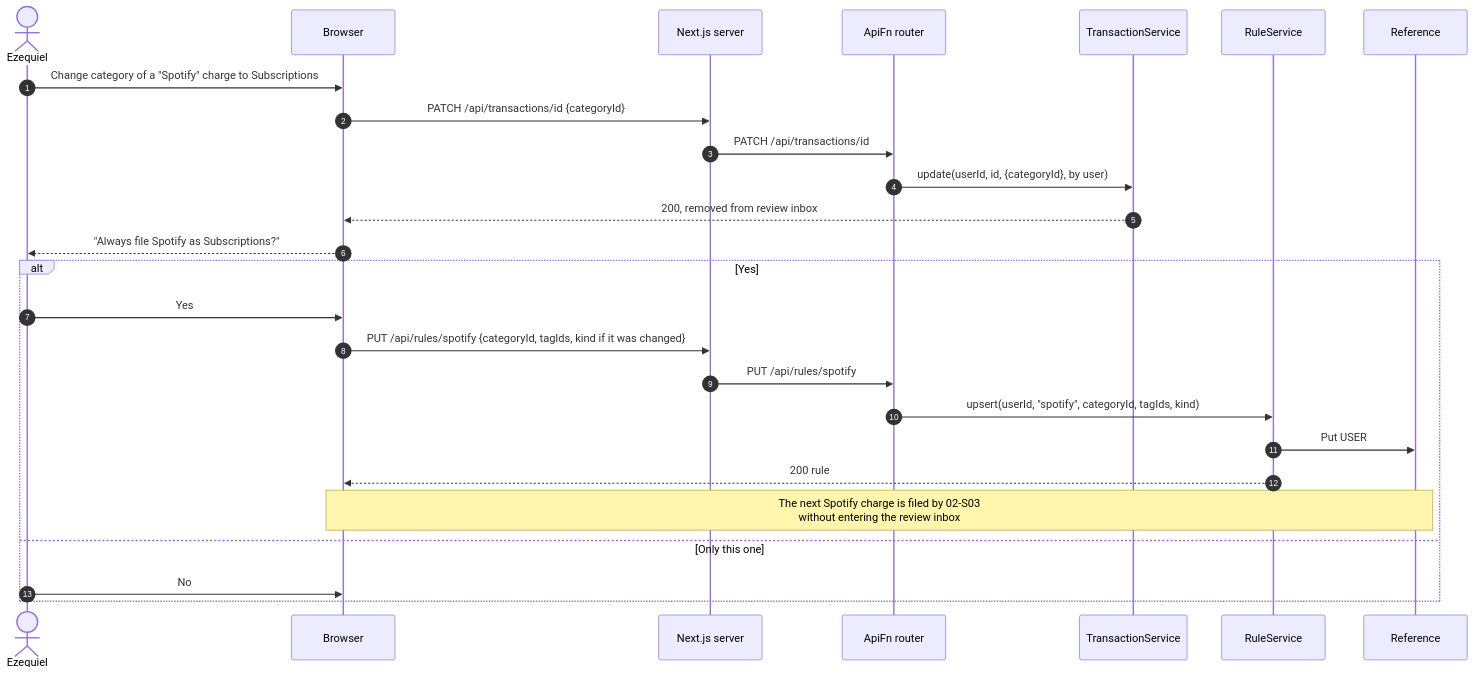
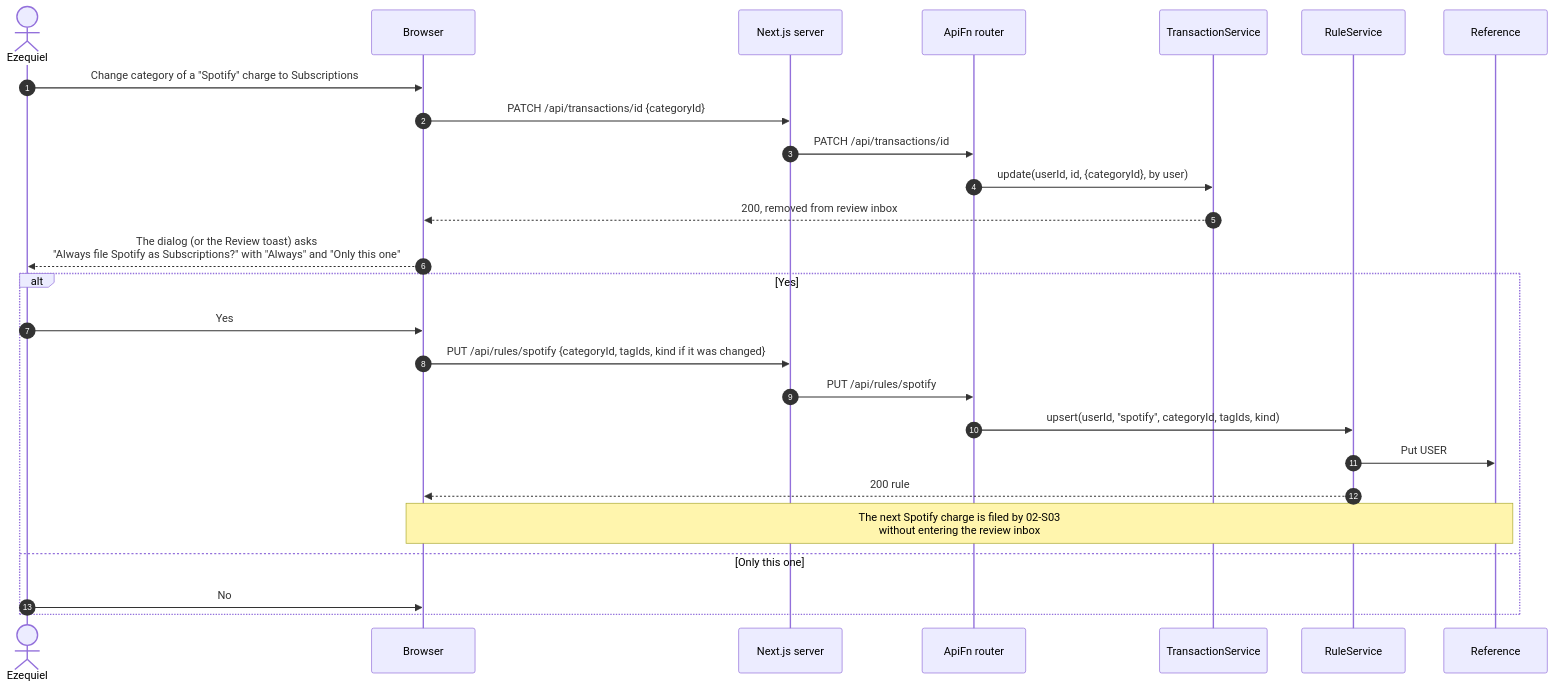
Before and after one commit to Ezequiel294/cs3365-finance-app: the fourth of 5 diagrams in docs/diagrams/sequences/02-categorization-and-rules.md, drawn with Mermaid. The commit also changed other lines of this file and 18 other files, not shown here.

Commit message:
attempt 3 design/architecture changes

````diff
--- a/docs/diagrams/sequences/02-categorization-and-rules.md
+++ b/docs/diagrams/sequences/02-categorization-and-rules.md
@@ -112,29 +167,29 @@
 ```mermaid
 sequenceDiagram
     autonumber
     actor U as Ezequiel
     participant UI as Browser
     participant Web as Next.js server
     participant API as ApiFn router
     participant TS as TransactionService
     participant RlS as RuleService
     participant Ref as Reference
 
     U->>UI: Change category of a "Spotify" charge to Subscriptions
     UI->>Web: PATCH /api/transactions/id {categoryId}
     Web->>API: PATCH /api/transactions/id
     API->>TS: update(userId, id, {categoryId}, by user)
     TS-->>UI: 200, removed from review inbox
-    UI-->>U: "Always file Spotify as Subscriptions?"
+    UI-->>U: The dialog (or the Review toast) asks<br/>"Always file Spotify as Subscriptions?" with "Always" and "Only this one"
     alt Yes
         U->>UI: Yes
         UI->>Web: PUT /api/rules/spotify {categoryId, tagIds, kind if it was changed}
         Web->>API: PUT /api/rules/spotify
         API->>RlS: upsert(userId, "spotify", categoryId, tagIds, kind)
         RlS->>Ref: Put USER#id / RULE#spotify
         RlS-->>UI: 200 rule
         Note over UI,Ref: The next Spotify charge is filed by 02-S03<br/>without entering the review inbox
     else Only this one
         U->>UI: No
     end
 ```
````
